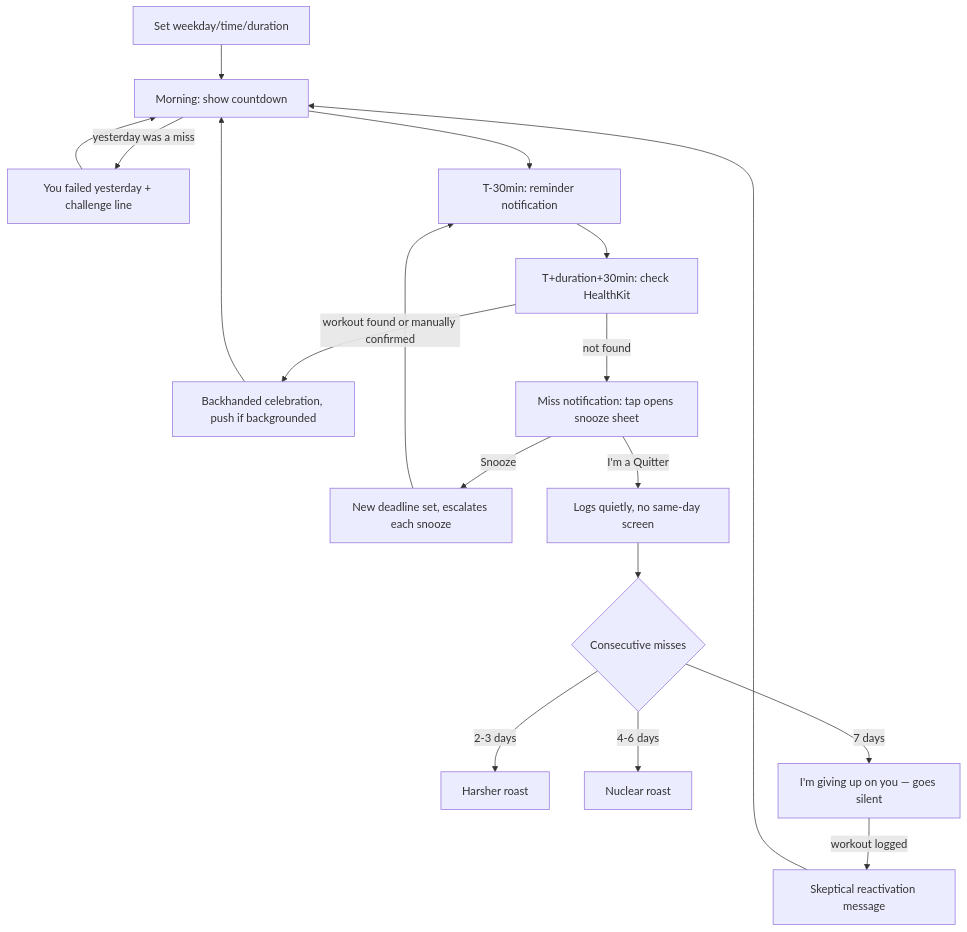
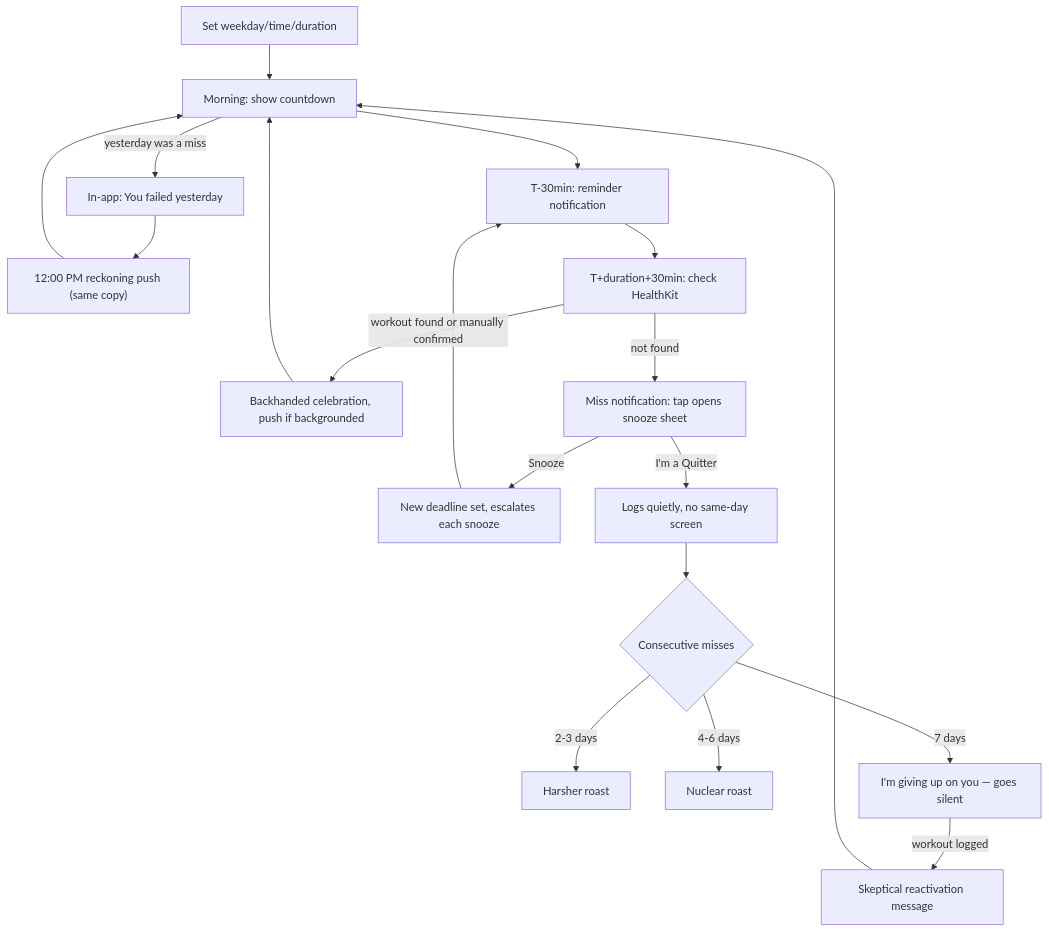
Before and after one commit to tvnquinn/broiled: the diagram in plan.md, drawn with Mermaid. The commit also changed other lines of this file and 9 other files, not shown here.

First line of the commit message:
Add 12:00 PM morning reckoning push notification (frame 04).

````diff
--- a/plan.md
+++ b/plan.md
@@ -97,19 +97,20 @@
 ```mermaid
 flowchart TD
   setup[Set weekday/time/duration] --> morning[Morning: show countdown]
-  morning -->|yesterday was a miss| reckoning["You failed yesterday" + challenge line]
-  reckoning --> morning
+  morning -->|yesterday was a miss| reckoning["In-app: You failed yesterday"]
+  reckoning --> noonPush["12:00 PM reckoning push (same copy)"]
+  noonPush --> morning
   morning --> preReminder["T-30min: reminder notification"]
   preReminder --> checkTime["T+duration+30min: check HealthKit"]
   checkTime -->|workout found or manually confirmed| success[Backhanded celebration, push if backgrounded]
   checkTime -->|not found| missNotif["Miss notification: tap opens snooze sheet"]
   missNotif -->|Snooze| snoozeInsult[New deadline set, escalates each snooze] --> preReminder
   missNotif -->|"I'm a Quitter"| quietFail[Logs quietly, no same-day screen]
   quietFail --> streak{Consecutive misses}
   streak -->|2-3 days| harsher[Harsher roast]
   streak -->|4-6 days| nuclear[Nuclear roast]
   streak -->|7 days| givingUp["I'm giving up on you" — goes silent]
   givingUp -->|workout logged| reactivate[Skeptical reactivation message]
   reactivate --> morning
   success --> morning
 ```
````
